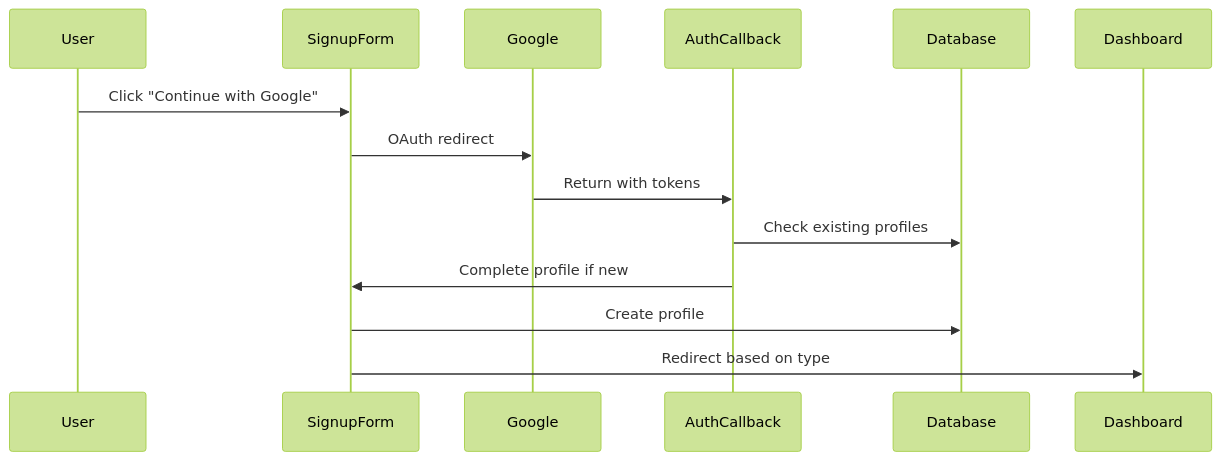
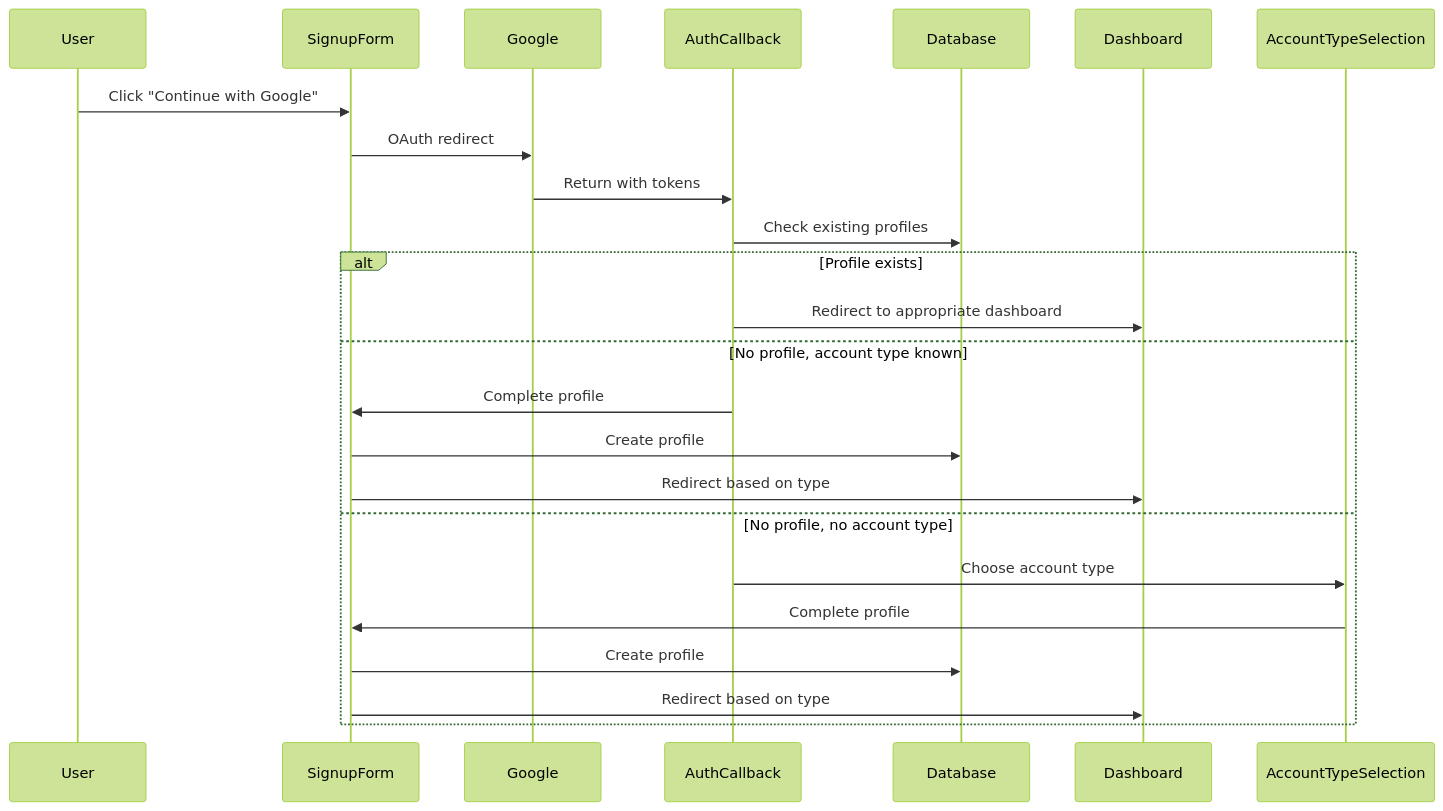
Before and after one commit to creepyblues/kstorybridge-integrated: the second of 2 diagrams in AUTH_DOCUMENTATION.md, drawn with Mermaid (forest theme). The commit also changed other lines of this file and 9 other files, not shown here.

````diff
--- a/AUTH_DOCUMENTATION.md
+++ b/AUTH_DOCUMENTATION.md
@@ -161,10 +161,19 @@
 ```mermaid
 sequenceDiagram
     User->>SignupForm: Click "Continue with Google"
     SignupForm->>Google: OAuth redirect
     Google->>AuthCallback: Return with tokens
     AuthCallback->>Database: Check existing profiles
-    AuthCallback->>SignupForm: Complete profile if new
-    SignupForm->>Database: Create profile
-    SignupForm->>Dashboard: Redirect based on type
+    alt Profile exists
+        AuthCallback->>Dashboard: Redirect to appropriate dashboard
+    else No profile, account type known
+        AuthCallback->>SignupForm: Complete profile
+        SignupForm->>Database: Create profile
+        SignupForm->>Dashboard: Redirect based on type
+    else No profile, no account type
+        AuthCallback->>AccountTypeSelection: Choose account type
+        AccountTypeSelection->>SignupForm: Complete profile
+        SignupForm->>Database: Create profile
+        SignupForm->>Dashboard: Redirect based on type
+    end
 ```
````
